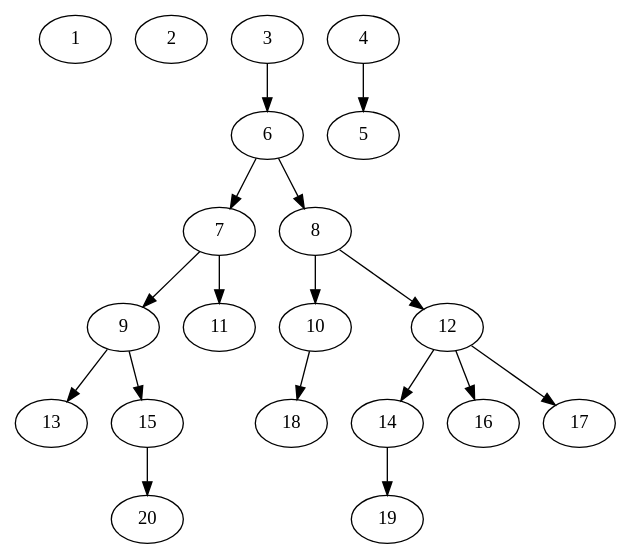
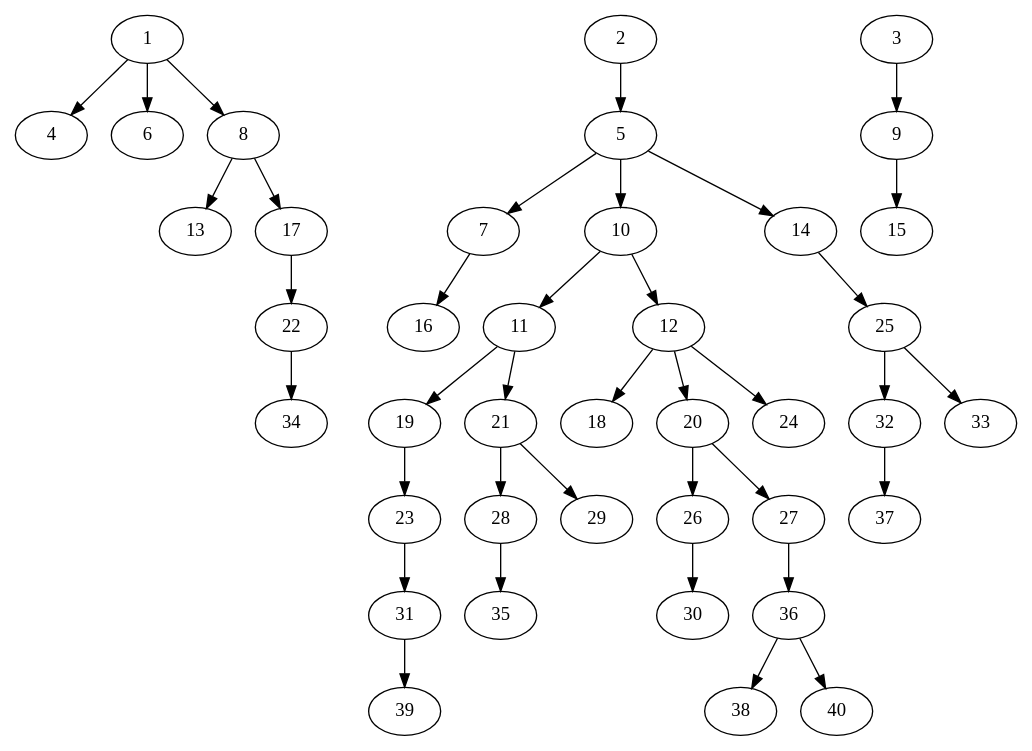
One commit to Ad-Bean/LinearProgramming changed the diagram in test.dot. Above: the diagram before and after it, drawn with Graphviz. The commit also changed 6 other files, not shown here.

```diff
--- a/test.dot
+++ b/test.dot
@@ -1,40 +1,81 @@
-// DAG automatically generated by daggen at Tue Mar 26 12:36:40 2019
-// daggen-master/daggen -n 20 --fat 0.4 --density 0.2 --regular 0.2 --jump 2 --minalpha 20 --maxalpha 150 --dot -o test.dot 
+// DAG automatically generated by daggen at Wed Jul  6 13:38:15 2022
+// ./daggen -n 40 --fat 0.4 --density 0.2 --regular 0.2 --jump 2 --minalpha 20 --maxalpha 150 --dot -o test.dot 
 digraph G {
-  1 [size="782757789696", alpha="78.13"]
-  2 [size="1888768669", alpha="81.88"]
-  3 [size="57960447492", alpha="23.31"]
-  3 -> 6 [size ="134217728"]
-  4 [size="44375125956", alpha="112.27"]
-  4 -> 5 [size ="209715200"]
-  5 [size="18747897740", alpha="72.95"]
-  6 [size="39583700778", alpha="31.65"]
-  6 -> 7 [size ="33554432"]
-  6 -> 8 [size ="33554432"]
-  7 [size="1073741824000", alpha="112.63"]
-  7 -> 9 [size ="838860800"]
-  7 -> 11 [size ="838860800"]
-  8 [size="70479482748", alpha="39.24"]
-  8 -> 10 [size ="134217728"]
-  8 -> 12 [size ="134217728"]
-  9 [size="8589934592", alpha="75.34"]
-  9 -> 13 [size ="33554432"]
-  9 -> 15 [size ="33554432"]
-  10 [size="555382369464", alpha="25.53"]
-  10 -> 18 [size ="536870912"]
-  11 [size="624347037964", alpha="31.36"]
-  12 [size="419439777192", alpha="48.48"]
-  12 -> 14 [size ="411041792"]
-  12 -> 16 [size ="411041792"]
-  12 -> 17 [size ="411041792"]
-  13 [size="17089039968", alpha="94.11"]
-  14 [size="763670689704", alpha="101.62"]
-  14 -> 19 [size ="536870912"]
-  15 [size="101295531729", alpha="78.57"]
-  15 -> 20 [size ="75497472"]
-  16 [size="3384936632", alpha="47.18"]
-  17 [size="97399653596", alpha="34.83"]
-  18 [size="549755813888", alpha="85.96"]
-  19 [size="28991029248", alpha="131.62"]
-  20 [size="536015099759", alpha="62.56"]
+  1 [size="8589934592", alpha="91.28"]
+  1 -> 4 [size ="33554432"]
+  1 -> 6 [size ="33554432"]
+  1 -> 8 [size ="33554432"]
+  2 [size="197331839900", alpha="89.77"]
+  2 -> 5 [size ="536870912"]
+  3 [size="19336151374", alpha="76.75"]
+  3 -> 9 [size ="411041792"]
+  4 [size="3573843022", alpha="65.46"]
+  5 [size="8170418978", alpha="99.32"]
+  5 -> 7 [size ="209715200"]
+  5 -> 10 [size ="209715200"]
+  5 -> 14 [size ="209715200"]
+  6 [size="171750332988", alpha="21.60"]
+  7 [size="14528898706", alpha="27.32"]
+  7 -> 16 [size ="301989888"]
+  8 [size="368293445632", alpha="104.76"]
+  8 -> 13 [size ="411041792"]
+  8 -> 17 [size ="411041792"]
+  9 [size="13466927625", alpha="63.20"]
+  9 -> 15 [size ="411041792"]
+  10 [size="5599596565", alpha="47.27"]
+  10 -> 11 [size ="301989888"]
+  10 -> 12 [size ="301989888"]
+  11 [size="36203125793", alpha="40.74"]
+  11 -> 19 [size ="679477248"]
+  11 -> 21 [size ="679477248"]
+  12 [size="3341276011", alpha="85.21"]
+  12 -> 18 [size ="75497472"]
+  12 -> 20 [size ="75497472"]
+  12 -> 24 [size ="75497472"]
+  13 [size="4528944286", alpha="82.23"]
+  14 [size="549755813888", alpha="53.70"]
+  14 -> 25 [size ="536870912"]
+  15 [size="11682313836", alpha="68.07"]
+  16 [size="107063272983", alpha="123.85"]
+  17 [size="105626550922", alpha="142.73"]
+  17 -> 22 [size ="209715200"]
+  18 [size="1678827053", alpha="58.45"]
+  19 [size="945112255954", alpha="143.49"]
+  19 -> 23 [size ="679477248"]
+  20 [size="231928233984", alpha="104.22"]
+  20 -> 26 [size ="301989888"]
+  20 -> 27 [size ="301989888"]
+  21 [size="883920068499", alpha="101.97"]
+  21 -> 28 [size ="838860800"]
+  21 -> 29 [size ="838860800"]
+  22 [size="17502374043", alpha="60.44"]
+  22 -> 34 [size ="411041792"]
+  23 [size="13248176064", alpha="23.23"]
+  23 -> 31 [size ="679477248"]
+  24 [size="3574647957", alpha="91.20"]
+  25 [size="51569081162", alpha="63.56"]
+  25 -> 32 [size ="838860800"]
+  25 -> 33 [size ="838860800"]
+  26 [size="1073741824000", alpha="119.28"]
+  26 -> 30 [size ="838860800"]
+  27 [size="231928233984", alpha="136.12"]
+  27 -> 36 [size ="301989888"]
+  28 [size="8589934592", alpha="142.68"]
+  28 -> 35 [size ="33554432"]
+  29 [size="633570782676", alpha="59.98"]
+  30 [size="4560822250", alpha="39.29"]
+  31 [size="549755813888", alpha="127.20"]
+  31 -> 39 [size ="536870912"]
+  32 [size="47122054889", alpha="140.49"]
+  32 -> 37 [size ="33554432"]
+  33 [size="1260273229154", alpha="137.90"]
+  34 [size="231928233984", alpha="144.18"]
+  35 [size="24760416259", alpha="23.88"]
+  36 [size="9005195172", alpha="56.12"]
+  36 -> 38 [size ="301989888"]
+  36 -> 40 [size ="301989888"]
+  37 [size="1297506698", alpha="64.52"]
+  38 [size="14339982586", alpha="108.51"]
+  39 [size="343507504520", alpha="85.73"]
+  40 [size="23494490243", alpha="99.71"]
 }
```
